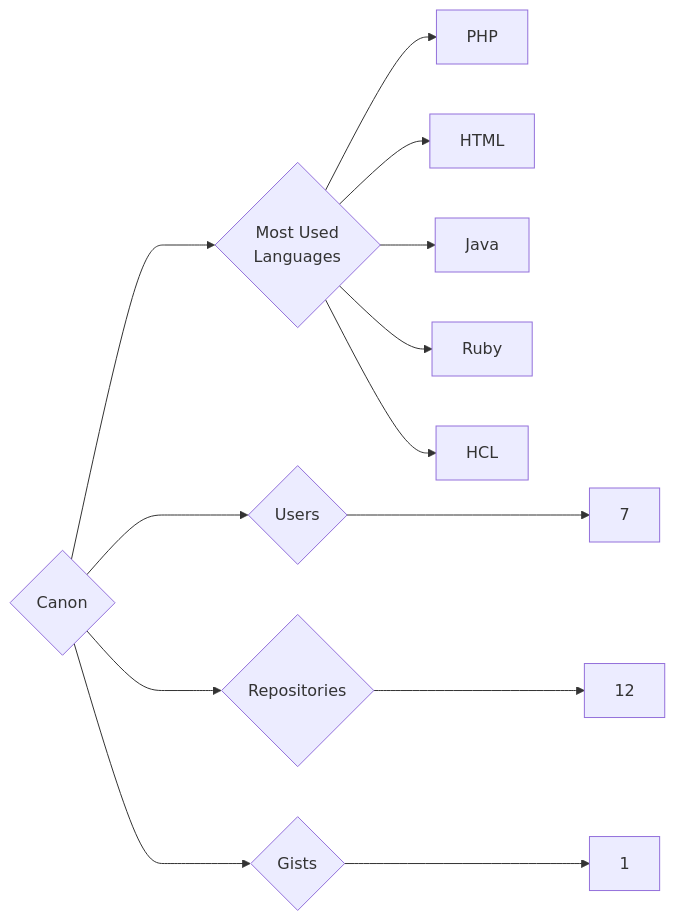
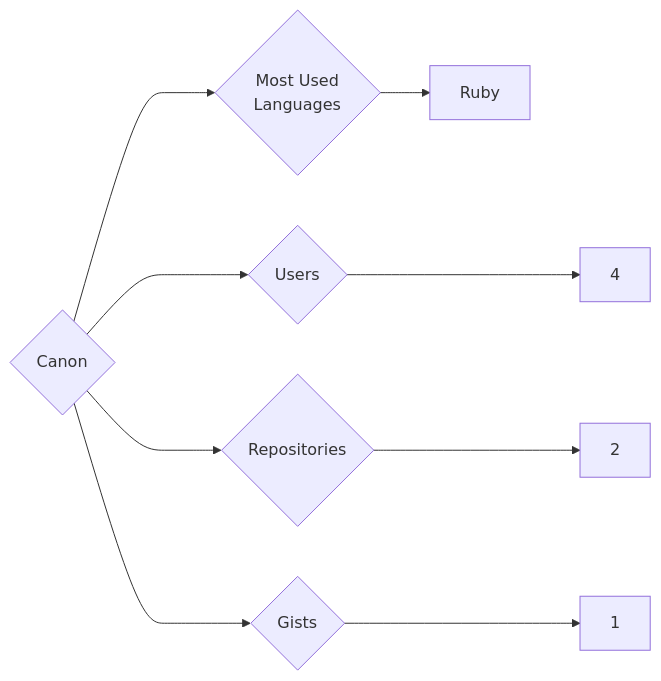
The diagram in targets/Canon/README.md (trickest/insiders), drawn with Mermaid before and after one commit. The commit also changed 699 other files, not shown here.

````diff
--- a/targets/Canon/README.md
+++ b/targets/Canon/README.md
@@ -3,13 +3,9 @@
 ```mermaid
 graph LR
 COMPANY_NAME{Canon}
-COMPANY_NAME ---> U{Users} ---> UN[7]
-COMPANY_NAME ---> R{Repositories} ---> RN[12]
+COMPANY_NAME ---> U{Users} ---> UN[4]
+COMPANY_NAME ---> R{Repositories} ---> RN[2]
 COMPANY_NAME ---> G{Gists} ---> GN[1]
 COMPANY_NAME ---> ML{Most Used<br>Languages}
-ML --> PHP[PHP]
-ML --> HTML[HTML]
-ML --> Java[Java]
 ML --> Ruby[Ruby]
-ML --> HCL[HCL]
 ```
````
